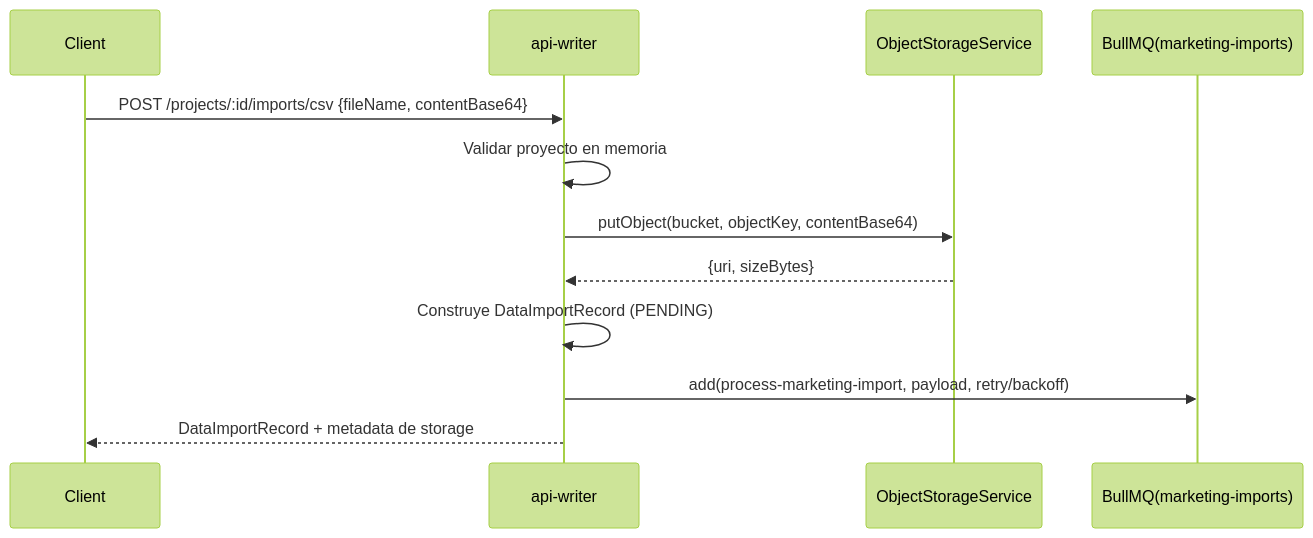
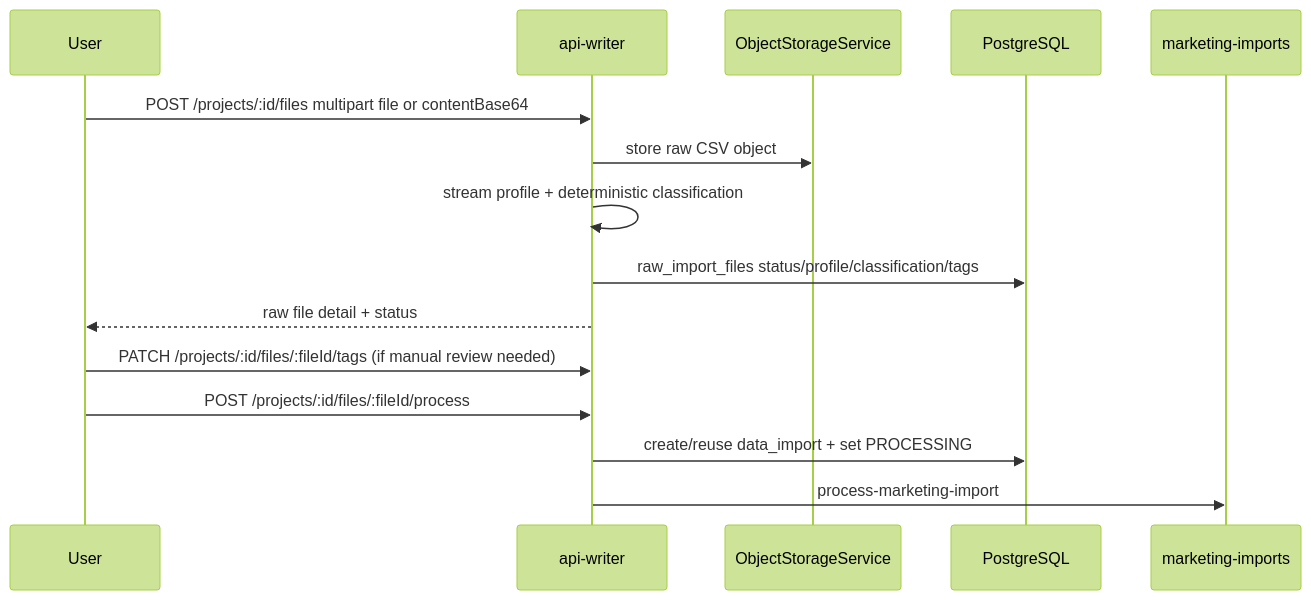
Before and after one commit to guxal/EventStreamPlatform: the second of 4 diagrams in docs_marketing_copilot.md, drawn with Mermaid (forest theme). The commit also changed other lines of this file and 14 other files, not shown here.

Commit message:
docs: refresh marketing copilot project status

````diff
--- a/docs_marketing_copilot.md
+++ b/docs_marketing_copilot.md
@@ -127,15 +116,18 @@
 ```mermaid
 sequenceDiagram
-  participant Client
+  participant User
   participant Writer as api-writer
   participant Storage as ObjectStorageService
-  participant Queue as BullMQ(marketing-imports)
+  participant PG as PostgreSQL
+  participant Queue as marketing-imports
 
-  Client->>Writer: POST /projects/:id/imports/csv {fileName, contentBase64}
-  Writer->>Writer: Validar proyecto en memoria
-  Writer->>Storage: putObject(bucket, objectKey, contentBase64)
-  Storage-->>Writer: {uri, sizeBytes}
-  Writer->>Writer: Construye DataImportRecord (PENDING)
-  Writer->>Queue: add(process-marketing-import, payload, retry/backoff)
-  Writer-->>Client: DataImportRecord + metadata de storage
+  User->>Writer: POST /projects/:id/files multipart file or contentBase64
+  Writer->>Storage: store raw CSV object
+  Writer->>Writer: stream profile + deterministic classification
+  Writer->>PG: raw_import_files status/profile/classification/tags
+  Writer-->>User: raw file detail + status
+  User->>Writer: PATCH /projects/:id/files/:fileId/tags (if manual review needed)
+  User->>Writer: POST /projects/:id/files/:fileId/process
+  Writer->>PG: create/reuse data_import + set PROCESSING
+  Writer->>Queue: process-marketing-import
 ```
````
